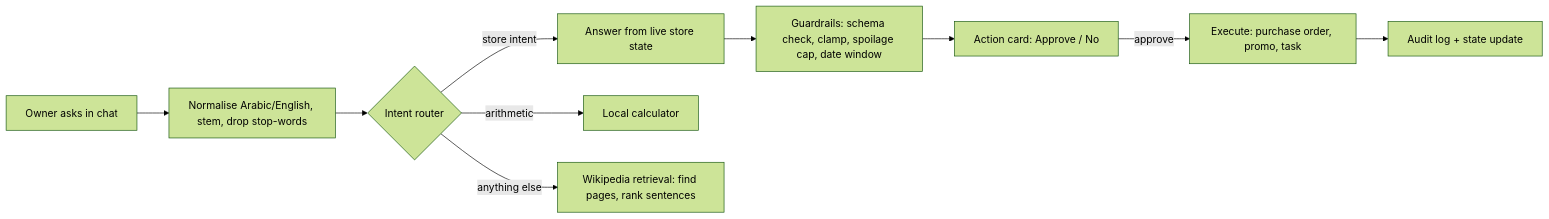
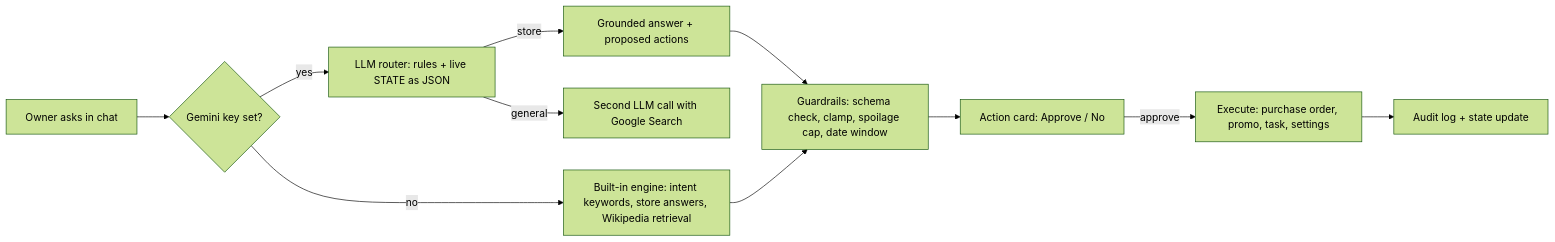
Before and after one commit to Aiwadod/khudra-ai: the diagram in README.md, drawn with Mermaid (forest theme). The commit also changed other lines of this file, not shown here.

````diff
--- a/README.md
+++ b/README.md
@@ -45,12 +45,13 @@
 ```mermaid
 flowchart LR
-  U[Owner asks in chat] --> N[Normalise Arabic/English, stem, drop stop-words]
-  N --> R{Intent router}
-  R -- store intent --> S[Answer from live store state]
-  R -- arithmetic --> K[Local calculator]
-  R -- anything else --> W[Wikipedia retrieval: find pages, rank sentences]
+  U[Owner asks in chat] --> K{Gemini key set?}
+  K -- yes --> R[LLM router: rules + live STATE as JSON]
+  R -- store --> S[Grounded answer + proposed actions]
+  R -- general --> W[Second LLM call with Google Search]
+  K -- no --> B[Built-in engine: intent keywords, store answers, Wikipedia retrieval]
   S --> G[Guardrails: schema check, clamp, spoilage cap, date window]
+  B --> G
   G --> C[Action card: Approve / No]
-  C -- approve --> X[Execute: purchase order, promo, task]
+  C -- approve --> X[Execute: purchase order, promo, task, settings]
   X --> L[Audit log + state update]
 ```
````
